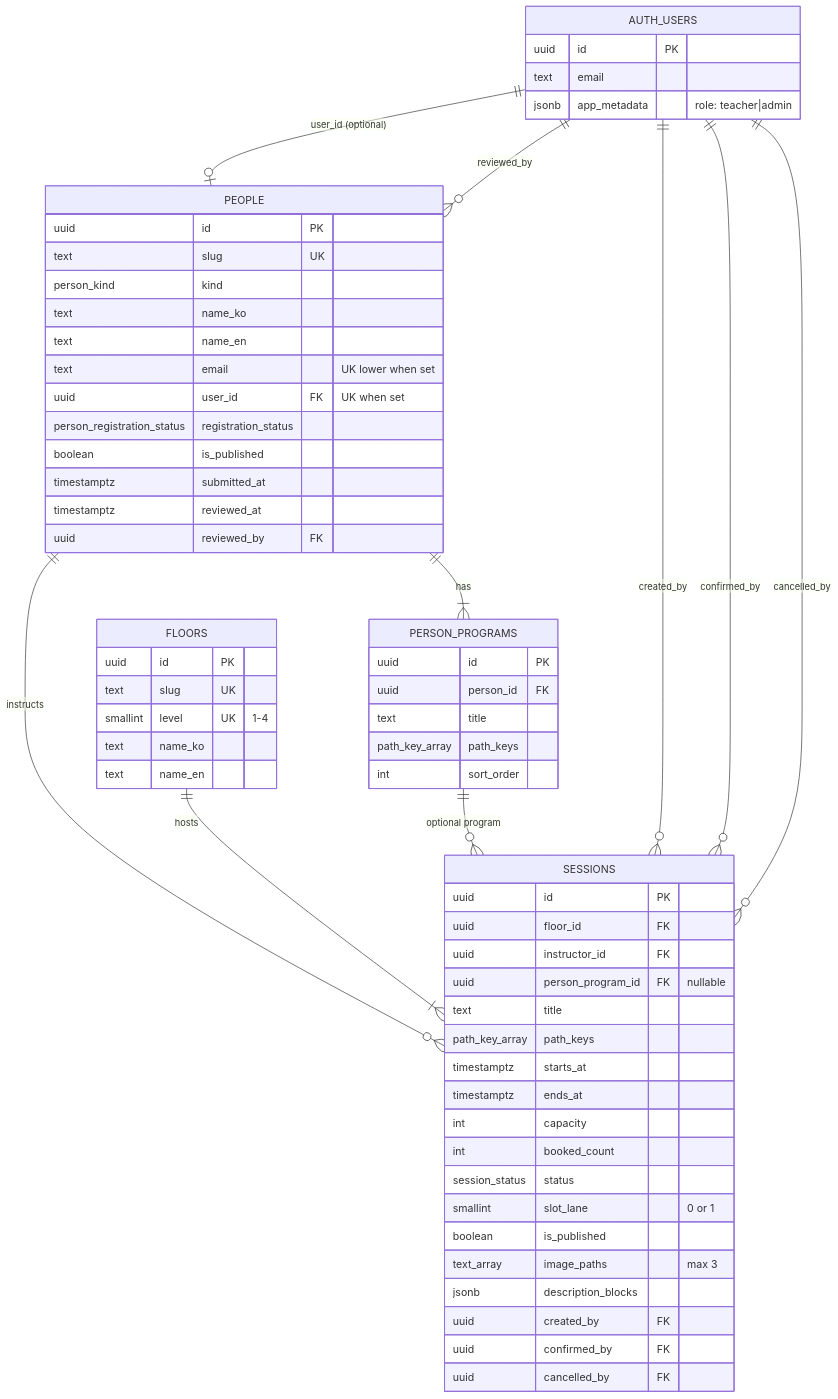
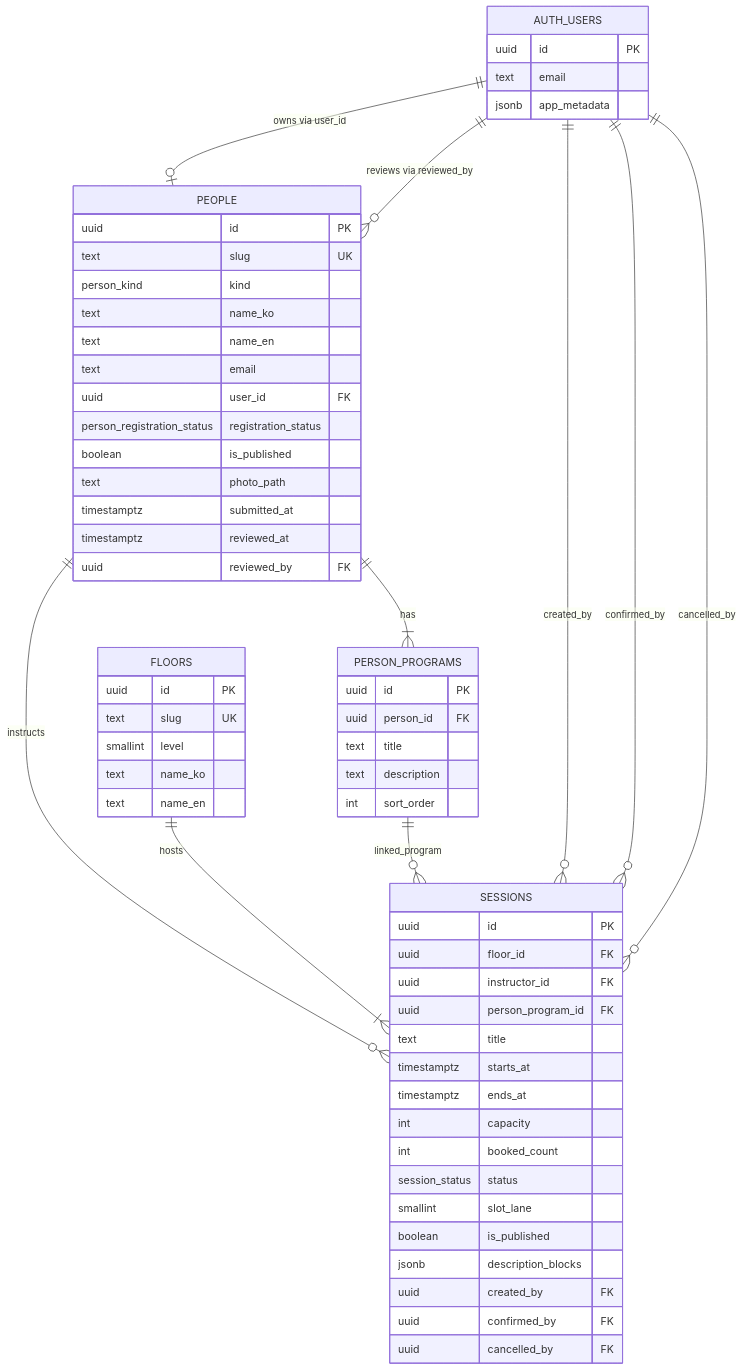
One commit to greatgiho/thewellnesskorea changed the first of 3 diagrams in docs/database-erd.md. Above: the diagram before and after it, drawn with Mermaid. The commit also changed other lines of this file and 4 other files, not shown here.

````diff
--- a/docs/database-erd.md
+++ b/docs/database-erd.md
@@ -11,70 +13,69 @@
 ```mermaid
 erDiagram
-    AUTH_USERS ||--o| PEOPLE : "user_id (optional)"
-    AUTH_USERS ||--o{ PEOPLE : "reviewed_by"
+    AUTH_USERS ||--o| PEOPLE : "owns via user_id"
+    AUTH_USERS ||--o{ PEOPLE : "reviews via reviewed_by"
     PEOPLE ||--|{ PERSON_PROGRAMS : "has"
     PEOPLE ||--o{ SESSIONS : "instructs"
     FLOORS ||--|{ SESSIONS : "hosts"
-    PERSON_PROGRAMS ||--o{ SESSIONS : "optional program"
+    PERSON_PROGRAMS ||--o{ SESSIONS : "linked_program"
     AUTH_USERS ||--o{ SESSIONS : "created_by"
     AUTH_USERS ||--o{ SESSIONS : "confirmed_by"
     AUTH_USERS ||--o{ SESSIONS : "cancelled_by"
 
     AUTH_USERS {
         uuid id PK
         text email
-        jsonb app_metadata "role: teacher|admin"
+        jsonb app_metadata
     }
 
     PEOPLE {
         uuid id PK
         text slug UK
         person_kind kind
         text name_ko
         text name_en
-        text email "UK lower when set"
-        uuid user_id FK "UK when set"
+        text email
+        uuid user_id FK
         person_registration_status registration_status
         boolean is_published
+        text photo_path
         timestamptz submitted_at
         timestamptz reviewed_at
         uuid reviewed_by FK
     }
 
     PERSON_PROGRAMS {
         uuid id PK
         uuid person_id FK
         text title
-        path_key_array path_keys
+        text description
         int sort_order
     }
 
     FLOORS {
         uuid id PK
         text slug UK
-        smallint level UK "1-4"
+        smallint level
         text name_ko
         text name_en
     }
 
     SESSIONS {
         uuid id PK
         uuid floor_id FK
         uuid instructor_id FK
-        uuid person_program_id FK "nullable"
+        uuid person_program_id FK
         text title
-        path_key_array path_keys
         timestamptz starts_at
         timestamptz ends_at
         int capacity
         int booked_count
         session_status status
-        smallint slot_lane "0 or 1"
+        smallint slot_lane
         boolean is_published
-        text_array image_paths "max 3"
         jsonb description_blocks
         uuid created_by FK
         uuid confirmed_by FK
         uuid cancelled_by FK
     }
 ```
````
